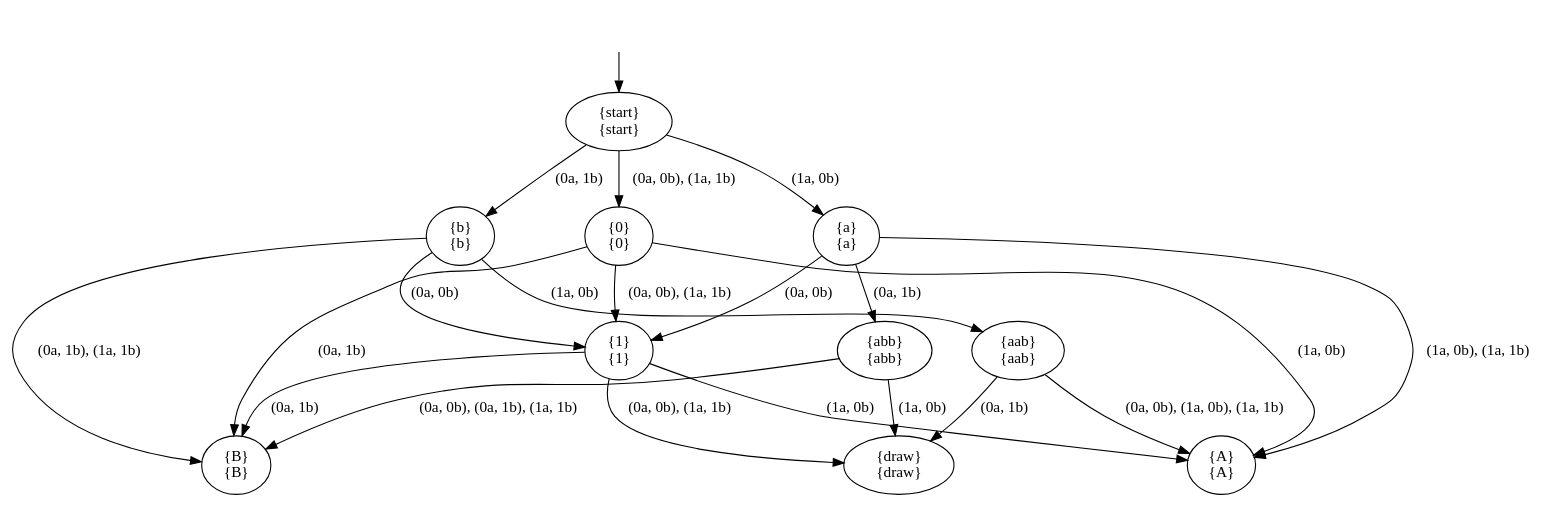
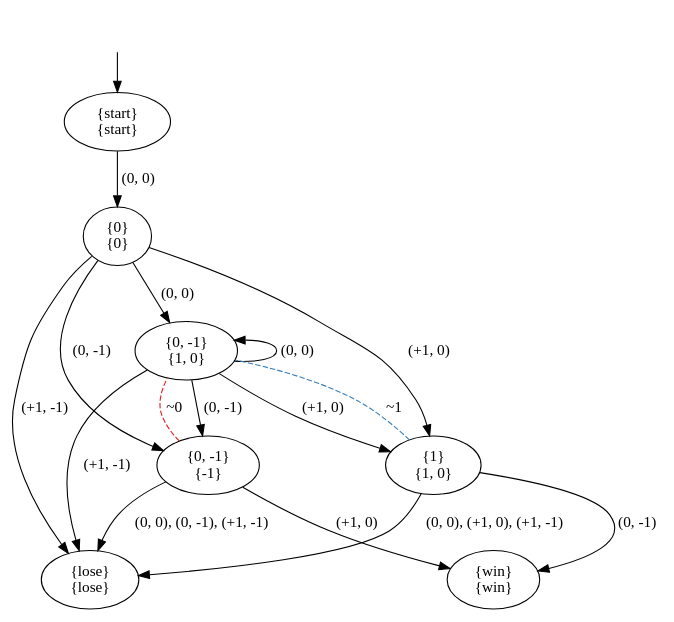
The diagram in pictures/GK2.dot (olandr/mkbsc), drawn with Graphviz before and after one commit. The commit also changed 6 other files, not shown here.

```diff
--- a/pictures/GK2.dot
+++ b/pictures/GK2.dot
@@ -1,37 +1,30 @@
 digraph  {
 concentrate=False;
 nodesep=0.5;
 ranksep=0.5;
 splines=True;
-4707407184 [label="{start}\n{start}"];
-4707051056 [label="{0}\n{0}"];
-4707437480 [label="{a}\n{a}"];
-4707043760 [label="{b}\n{b}"];
-4707445056 [label="{1}\n{1}"];
-4707445224 [label="{A}\n{A}"];
-4707445336 [label="{B}\n{B}"];
-4707445560 [label="{abb}\n{abb}"];
-4707445728 [label="{aab}\n{aab}"];
-4707445952 [label="{draw}\n{draw}"];
+4676471832 [label="{start}\n{start}"];
+4676471944 [label="{0}\n{0}"];
+4676471272 [label="{0, -1}\n{1, 0}"];
+4676472112 [label="{1}\n{1, 0}"];
+4676472336 [label="{0, -1}\n{-1}"];
+4676472560 [label="{lose}\n{lose}"];
+4676434016 [label="{win}\n{win}"];
 hidden [label="", shape=none];
-4707407184 -> 4707437480  [action="('1a', '0b')", key="('1a', '0b')", label="(1a, 0b)"];
-4707407184 -> 4707043760  [action="('0a', '1b')", key="('0a', '1b')", label="(0a, 1b)"];
-4707407184 -> 4707051056  [action="(('0a', '0b'), ('1a', '1b'))", key="(('0a', '0b'), ('1a', '1b'))", label="(0a, 0b), (1a, 1b)"];
-4707051056 -> 4707445224  [action="('1a', '0b')", key="('1a', '0b')", label="(1a, 0b)"];
-4707051056 -> 4707445336  [action="('0a', '1b')", key="('0a', '1b')", label="(0a, 1b)"];
-4707051056 -> 4707445056  [action="(('0a', '0b'), ('1a', '1b'))", key="(('0a', '0b'), ('1a', '1b'))", label="(0a, 0b), (1a, 1b)"];
-4707437480 -> 4707445056  [action="('0a', '0b')", key="('0a', '0b')", label="(0a, 0b)"];
-4707437480 -> 4707445560  [action="('0a', '1b')", key="('0a', '1b')", label="(0a, 1b)"];
-4707437480 -> 4707445224  [action="(('1a', '0b'), ('1a', '1b'))", key="(('1a', '0b'), ('1a', '1b'))", label="(1a, 0b), (1a, 1b)"];
-4707043760 -> 4707445056  [action="('0a', '0b')", key="('0a', '0b')", label="(0a, 0b)"];
-4707043760 -> 4707445728  [action="('1a', '0b')", key="('1a', '0b')", label="(1a, 0b)"];
-4707043760 -> 4707445336  [action="(('0a', '1b'), ('1a', '1b'))", key="(('0a', '1b'), ('1a', '1b'))", label="(0a, 1b), (1a, 1b)"];
-4707445056 -> 4707445224  [action="('1a', '0b')", key="('1a', '0b')", label="(1a, 0b)"];
-4707445056 -> 4707445336  [action="('0a', '1b')", key="('0a', '1b')", label="(0a, 1b)"];
-4707445056 -> 4707445952  [action="(('0a', '0b'), ('1a', '1b'))", key="(('0a', '0b'), ('1a', '1b'))", label="(0a, 0b), (1a, 1b)"];
-4707445560 -> 4707445952  [action="('1a', '0b')", key="('1a', '0b')", label="(1a, 0b)"];
-4707445560 -> 4707445336  [action="(('0a', '0b'), ('0a', '1b'), ('1a', '1b'))", key="(('0a', '0b'), ('0a', '1b'), ('1a', '1b'))", label="(0a, 0b), (0a, 1b), (1a, 1b)"];
-4707445728 -> 4707445952  [action="('0a', '1b')", key="('0a', '1b')", label="(0a, 1b)"];
-4707445728 -> 4707445224  [action="(('0a', '0b'), ('1a', '0b'), ('1a', '1b'))", key="(('0a', '0b'), ('1a', '0b'), ('1a', '1b'))", label="(0a, 0b), (1a, 0b), (1a, 1b)"];
-hidden -> 4707407184  [key=0];
+4676471832 -> 4676471944  [action="('0', '0')", key="('0', '0')", label="(0, 0)"];
+4676471944 -> 4676471272  [action="('0', '0')", key="('0', '0')", label="(0, 0)"];
+4676471944 -> 4676472112  [action="('+1', '0')", key="('+1', '0')", label="(+1, 0)"];
+4676471944 -> 4676472336  [action="('0', '-1')", key="('0', '-1')", label="(0, -1)"];
+4676471944 -> 4676472560  [action="('+1', '-1')", key="('+1', '-1')", label="(+1, -1)"];
+4676471272 -> 4676471272  [action="('0', '0')", dir=back, key="('0', '0')", label="(0, 0)"];
+4676471272 -> 4676472112  [action="('+1', '0')", key="('+1', '0')", label="(+1, 0)"];
+4676471272 -> 4676472336  [action="('0', '-1')", key="('0', '-1')", label="(0, -1)"];
+4676471272 -> 4676472560  [action="('+1', '-1')", key="('+1', '-1')", label="(+1, -1)"];
+4676472112 -> 4676434016  [action="('0', '-1')", key="('0', '-1')", label="(0, -1)"];
+4676472112 -> 4676472560  [action="(('0', '0'), ('+1', '0'), ('+1', '-1'))", key="(('0', '0'), ('+1', '0'), ('+1', '-1'))", label="(0, 0), (+1, 0), (+1, -1)"];
+4676472112 -> 4676471272  [arrowhead=none, color=2, colorscheme=set19, constraint=True, key=0, label="~1", style=dashed];
+4676472336 -> 4676434016  [action="('+1', '0')", key="('+1', '0')", label="(+1, 0)"];
+4676472336 -> 4676472560  [action="(('0', '0'), ('0', '-1'), ('+1', '-1'))", key="(('0', '0'), ('0', '-1'), ('+1', '-1'))", label="(0, 0), (0, -1), (+1, -1)"];
+4676472336 -> 4676471272  [arrowhead=none, color=1, colorscheme=set19, constraint=True, key=0, label="~0", style=dashed];
+hidden -> 4676471832  [key=0];
 }
```
